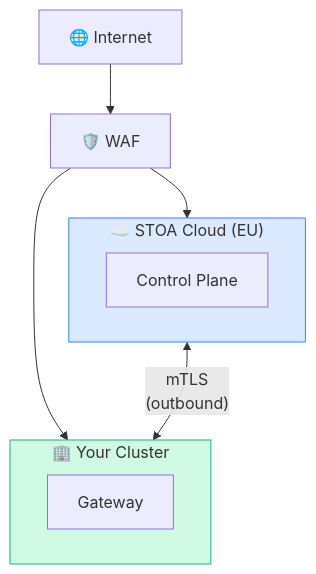
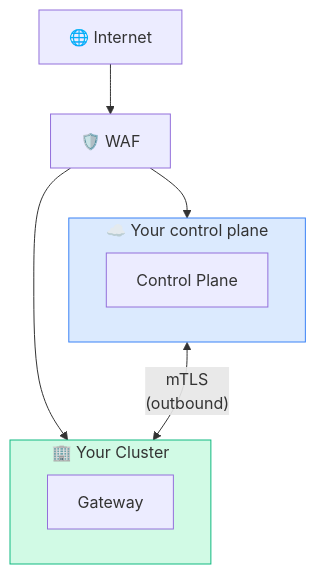
One commit to stoa-platform/stoa-docs changed the fourth of 4 diagrams in docs/deployment/hybrid.md. Above: the diagram before and after it, drawn with Mermaid. The commit also changed other lines of this file and 87 other files, not shown here.

````diff
--- a/docs/deployment/hybrid.md
+++ b/docs/deployment/hybrid.md
@@ -230,21 +234,21 @@
 ```mermaid
 flowchart TB
     Internet["🌐 Internet"]
     WAF["🛡️ WAF"]
 
-    subgraph Cloud["☁️ STOA Cloud (EU)"]
+    subgraph Cloud["☁️ Your control plane"]
         CP["Control Plane"]
     end
 
     subgraph OnPrem["🏢 Your Cluster"]
         GW["Gateway"]
     end
 
     Internet --> WAF
     WAF --> Cloud
     WAF --> OnPrem
     Cloud <-->|"mTLS<br/>(outbound)"| OnPrem
 
     style Cloud fill:#dbeafe,stroke:#3b82f6
     style OnPrem fill:#d1fae5,stroke:#10b981
 ```
````
